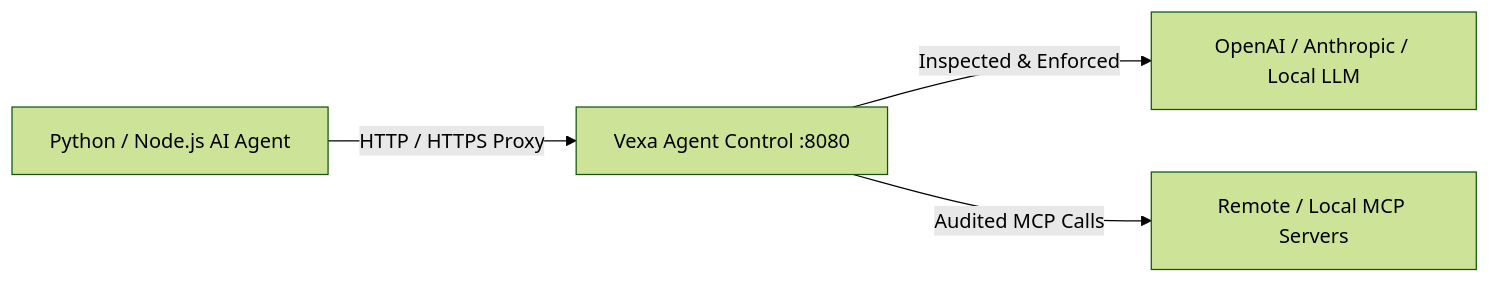
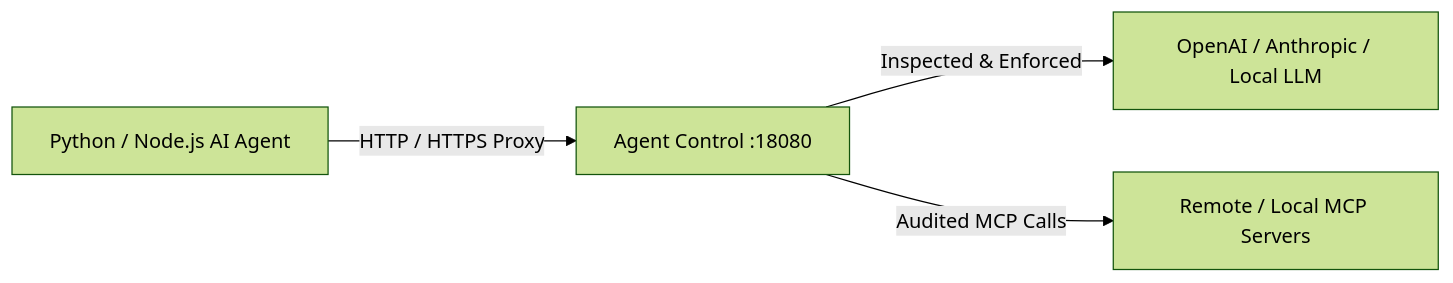
Before and after one commit to noviqtechnologies/Vexa-Agent-Control: the diagram in docs/guides/custom-agent-http.md, drawn with Mermaid (forest theme). The commit also changed other lines of this file and 31 other files, not shown here.

````diff
--- a/docs/guides/custom-agent-http.md
+++ b/docs/guides/custom-agent-http.md
@@ -9,6 +9,6 @@
 ```mermaid
 graph LR
-    Agent[Python / Node.js AI Agent] -->|HTTP / HTTPS Proxy| Gateway[Vexa Agent Control :8080]
+    Agent[Python / Node.js AI Agent] -->|HTTP / HTTPS Proxy| Gateway[Agent Control :18080]
     Gateway -->|Inspected & Enforced| LLM[OpenAI / Anthropic / Local LLM]
     Gateway -->|Audited MCP Calls| MCP[Remote / Local MCP Servers]
 ```
````
